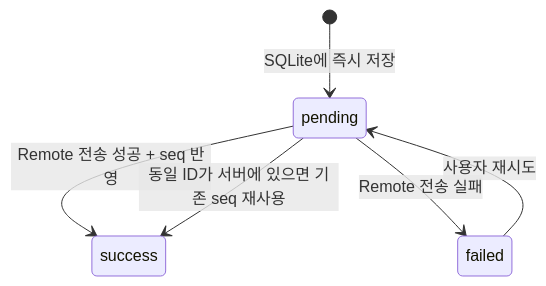
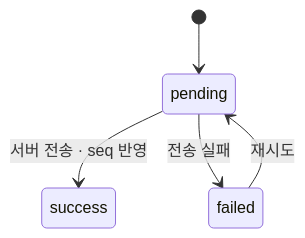
One commit to 951jth/pandytalk changed the second of 2 diagrams in README.md. Above: the diagram before and after it, drawn with Mermaid. The commit also changed other lines of this file and 1 other file, not shown here.

````diff
--- a/README.md
+++ b/README.md
@@ -85,8 +50,7 @@
 ```mermaid
 stateDiagram-v2
-    [*] --> pending: SQLite에 즉시 저장
-    pending --> success: Remote 전송 성공 + seq 반영
-    pending --> failed: Remote 전송 실패
-    failed --> pending: 사용자 재시도
-    pending --> success: 동일 ID가 서버에 있으면 기존 seq 재사용
+    [*] --> pending
+    pending --> success: 서버 전송 · seq 반영
+    pending --> failed: 전송 실패
+    failed --> pending: 재시도
 ```
````
